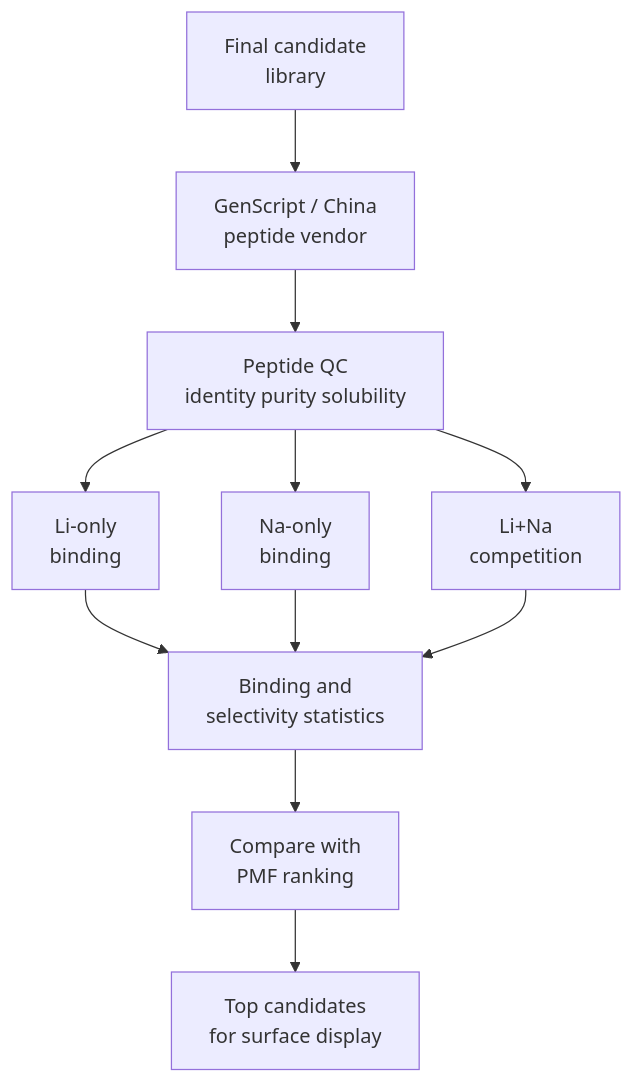
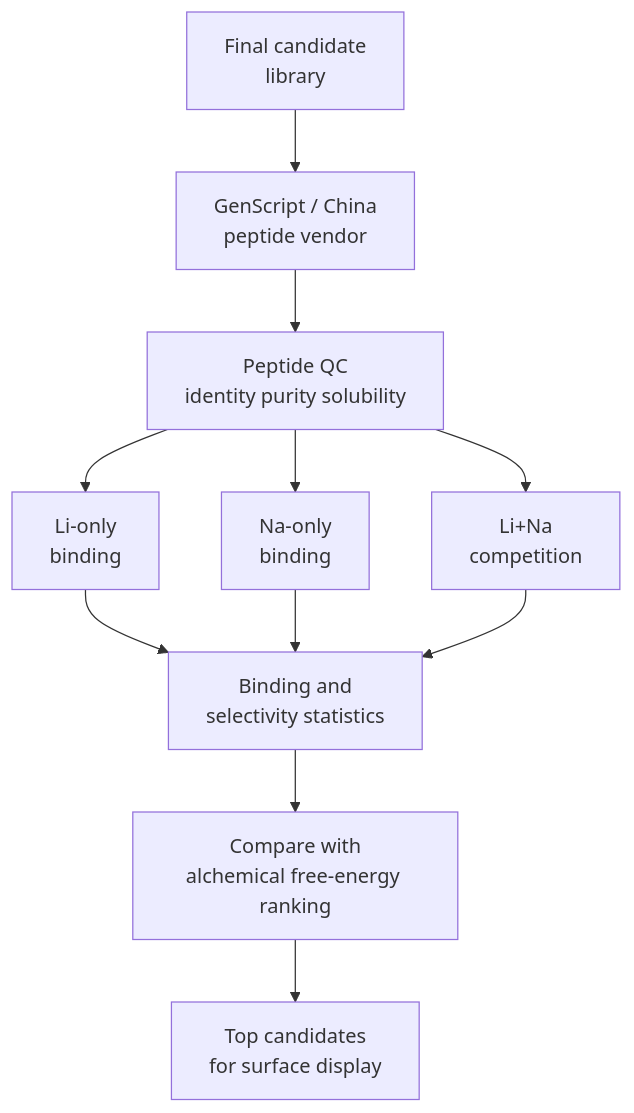
The diagram in 02_experimental_validation/track_A_purified_peptide/planning/ordered_synthetic_peptide_binding_plan.md (jackyissocute/LiSPER), drawn with Mermaid before and after one commit. The commit also changed other lines of this file and 689 other files, not shown here.

Commit message:
Reset invalid sampling artifacts and define free-energy workflow

````diff
--- a/02_experimental_validation/track_A_purified_peptide/planning/ordered_synthetic_peptide_binding_plan.md
+++ b/02_experimental_validation/track_A_purified_peptide/planning/ordered_synthetic_peptide_binding_plan.md
@@ -20,26 +20,26 @@
 ```mermaid
 flowchart TD
     accTitle: Synthetic Peptide Assay Flow
     accDescr: The ordered synthetic peptide assay moves from candidate selection through vendor ordering, peptide QC, Li/Na binding tests, computational comparison, and Track B candidate selection.
 
     candidates["Final candidate<br/>library"]
     vendor["GenScript / China<br/>peptide vendor"]
     qc["Peptide QC<br/>identity purity solubility"]
     li_assay["Li-only<br/>binding"]
     na_assay["Na-only<br/>binding"]
     competition["Li+Na<br/>competition"]
     statistics["Binding and<br/>selectivity statistics"]
-    pmf_compare["Compare with<br/>PMF ranking"]
+    pmf_compare["Compare with<br/>alchemical free-energy ranking"]
     display_hits["Top candidates<br/>for surface display"]
 
     candidates --> vendor
     vendor --> qc
     qc --> li_assay
     qc --> na_assay
     qc --> competition
     li_assay --> statistics
     na_assay --> statistics
     competition --> statistics
     statistics --> pmf_compare
     pmf_compare --> display_hits
 ```
````
